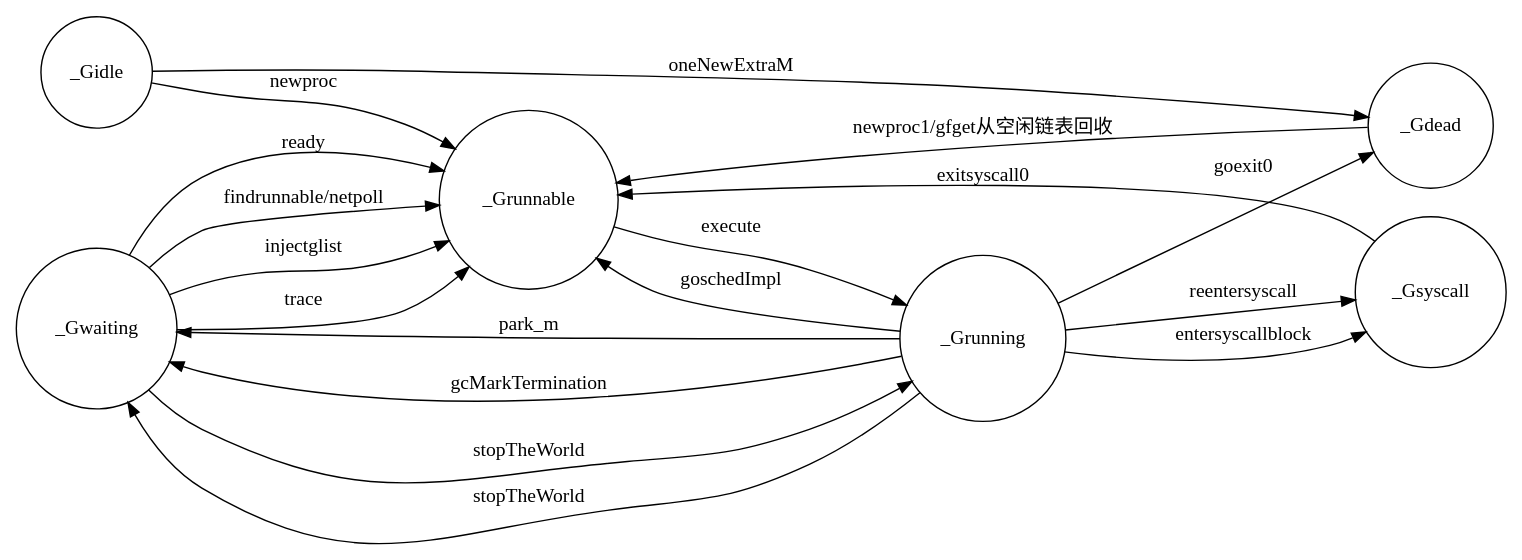
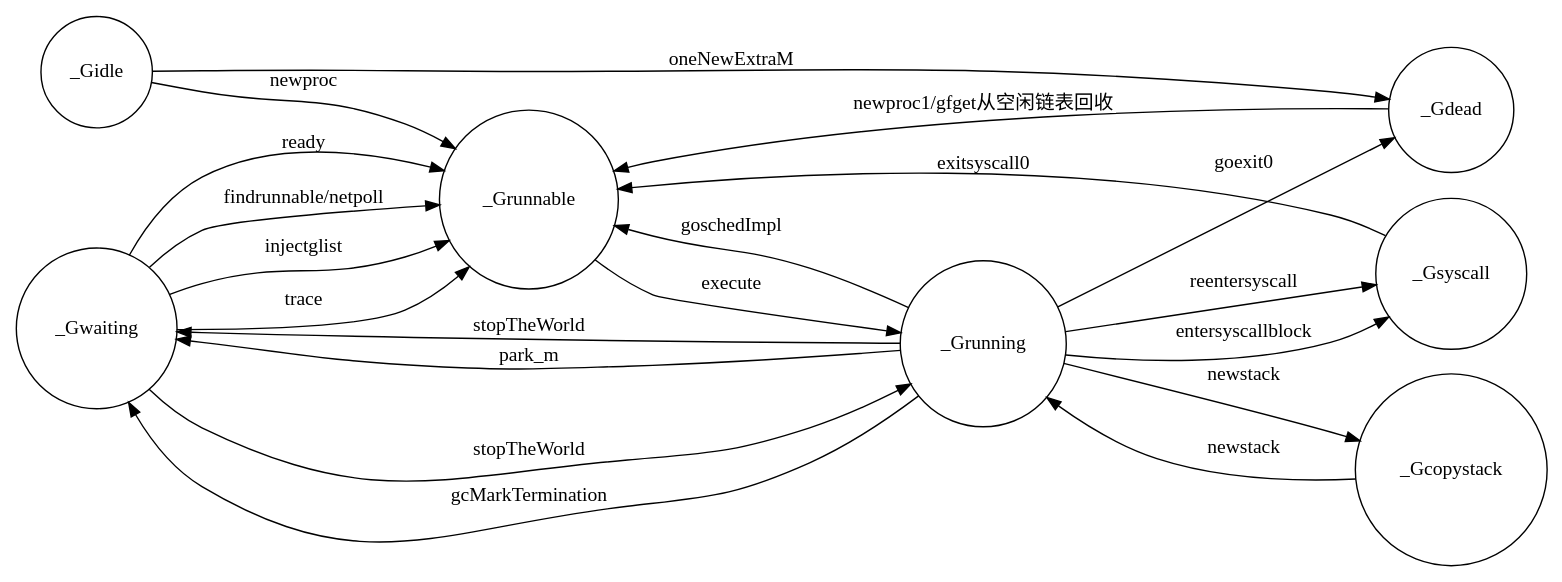
One commit to xieyu/blog changed the diagram in src/golang/goroutine-status.dot. Above: the diagram before and after it, drawn with Graphviz. The commit also changed 8 other files, not shown here.

Commit message:
add more golang pgm graphs

```diff
--- a/src/golang/goroutine-status.dot
+++ b/src/golang/goroutine-status.dot
@@ -1,30 +1,32 @@
 digraph goroutine_status {
   node[shape=circle];
   newrank=true;
   rankdir=LR;
   _Gidle -> _Grunnable[label="newproc"];
   //waiting
   _Gwaiting -> _Grunning[label="stopTheWorld"];
   _Gwaiting -> _Grunnable[label="ready"];
   _Gwaiting -> _Grunnable[label="findrunnable/netpoll"];
   _Gwaiting -> _Grunnable[label="injectglist"];
   _Gwaiting -> _Grunnable[label="trace"];
 
   //running
   _Grunning -> _Gwaiting[label="gcMarkTermination"];
   _Grunning -> _Gwaiting[label="stopTheWorld"];
   _Grunning -> _Gwaiting[label="park_m"];
   _Grunning -> _Gdead[label="goexit0"];
   _Grunning -> _Grunnable[label="goschedImpl"];
   _Grunning -> _Gsyscall[label="reentersyscall"];
   _Grunning -> _Gsyscall[label="entersyscallblock"];
+  _Grunning -> _Gcopystack[label="newstack"];
+  _Gcopystack -> _Grunning[label="newstack"];
 
   //runnable
   _Grunnable -> _Grunning[label="execute"];
 
   _Gsyscall -> _Grunnable[label="exitsyscall0"];
 
   _Gdead -> _Grunnable[label="newproc1/gfget从空闲链表回收"];
   _Gidle -> _Gdead[label="oneNewExtraM"];
 
 }
```
